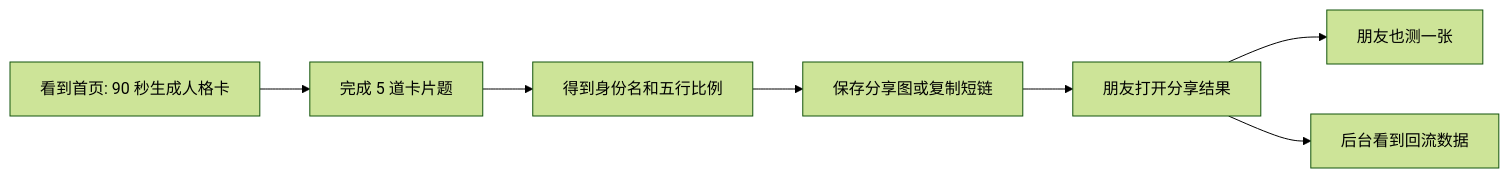
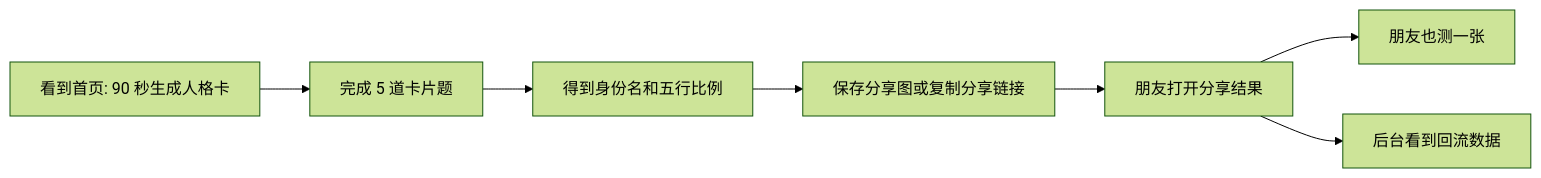
One commit to Oliver1205/wuxing-persona-card changed the first of 2 diagrams in docs/project-promotion-kit.md. Above: the diagram before and after it, drawn with Mermaid (forest theme). The commit also changed other lines of this file and 6 other files, not shown here.

````diff
--- a/docs/project-promotion-kit.md
+++ b/docs/project-promotion-kit.md
@@ -33,9 +33,9 @@
 ```mermaid
 flowchart LR
   Home["看到首页: 90 秒生成人格卡"] --> Test["完成 5 道卡片题"]
   Test --> Result["得到身份名和五行比例"]
-  Result --> Share["保存分享图或复制短链"]
+  Result --> Share["保存分享图或复制分享链接"]
   Share --> Friend["朋友打开分享结果"]
   Friend --> Retest["朋友也测一张"]
   Friend --> Admin["后台看到回流数据"]
 ```
````
